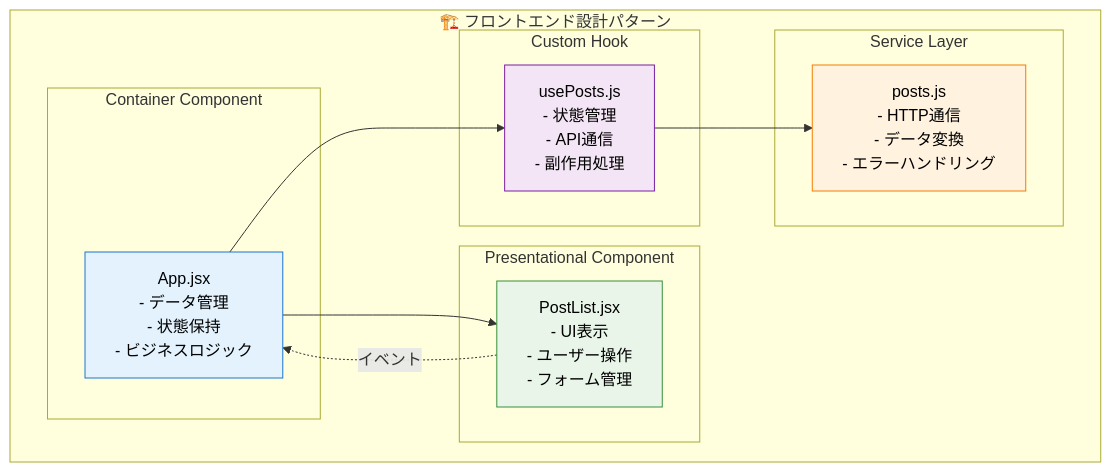
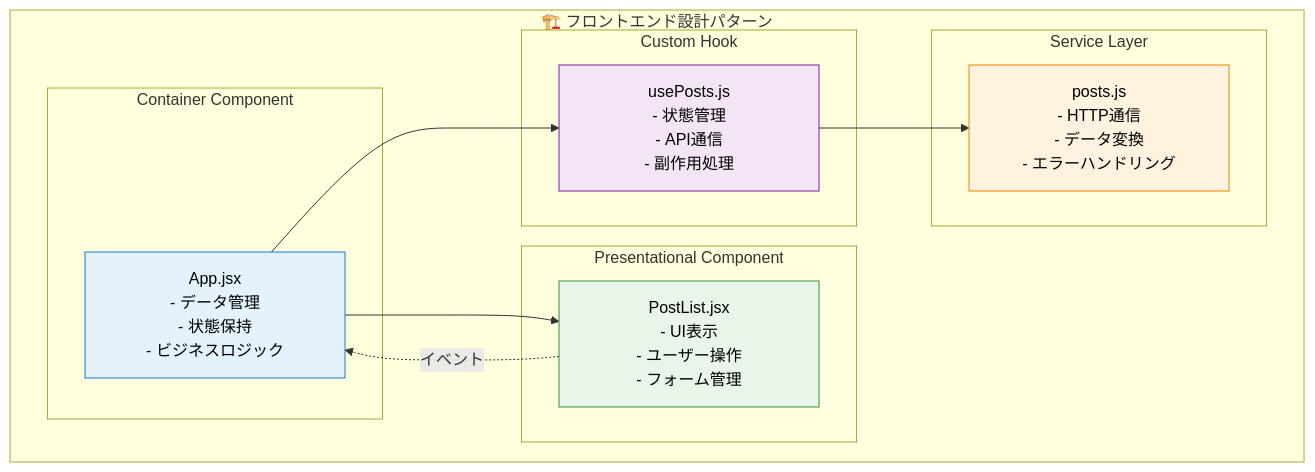
Before and after one commit to KITA-DS12/web-app-simple: diagram 12 of 29 in lecture-materials.md, drawn with Mermaid. The commit also changed other lines of this file, not shown here.

First line of the commit message:
fix: Mermaid図の改行表示を修正

````diff
--- a/lecture-materials.md
+++ b/lecture-materials.md
@@ -887,35 +887,35 @@
 ```mermaid
 graph TD
     subgraph "🏗️ フロントエンド設計パターン"
         subgraph "Container Component"
-            APP["App.jsx\n- データ管理\n- 状態保持\n- ビジネスロジック"]
+            APP["App.jsx#10;- データ管理#10;- 状態保持#10;- ビジネスロジック"]
         end
         
         subgraph "Custom Hook"
-            HOOK["usePosts.js\n- 状態管理\n- API通信\n- 副作用処理"]
+            HOOK["usePosts.js#10;- 状態管理#10;- API通信#10;- 副作用処理"]
         end
         
         subgraph "Presentational Component"
-            LIST["PostList.jsx\n- UI表示\n- ユーザー操作\n- フォーム管理"]
+            LIST["PostList.jsx#10;- UI表示#10;- ユーザー操作#10;- フォーム管理"]
         end
         
         subgraph "Service Layer"
-            API["posts.js\n- HTTP通信\n- データ変換\n- エラーハンドリング"]
+            API["posts.js#10;- HTTP通信#10;- データ変換#10;- エラーハンドリング"]
         end
         
         APP --> HOOK
         HOOK --> API
         APP --> LIST
         LIST -.->|イベント| APP
     end
     
     classDef container fill:#E3F2FD,stroke:#1976D2,color:#000
     classDef hook fill:#F3E5F5,stroke:#7B1FA2,color:#000
     classDef presentation fill:#E8F5E8,stroke:#388E3C,color:#000
     classDef service fill:#FFF3E0,stroke:#F57C00,color:#000
     
     class APP container
     class HOOK hook
     class LIST presentation
     class API service
 ```
````
